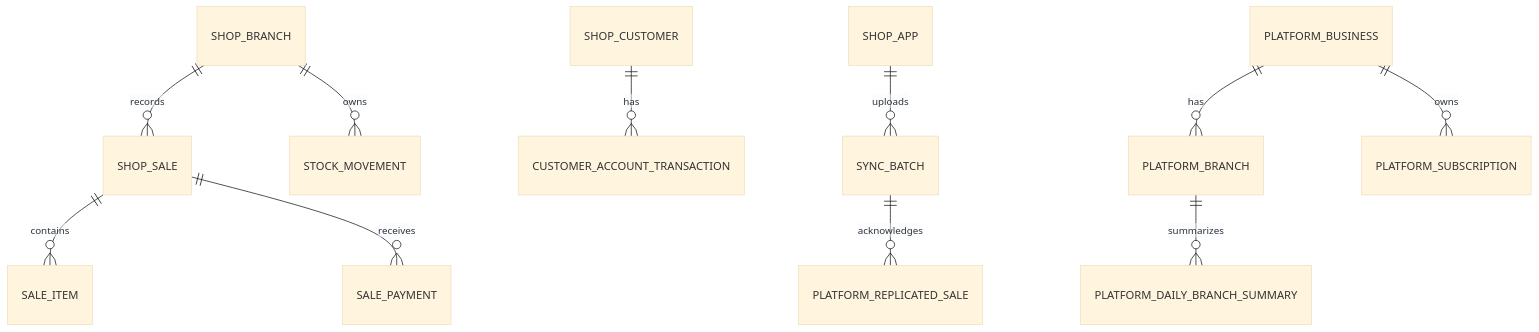
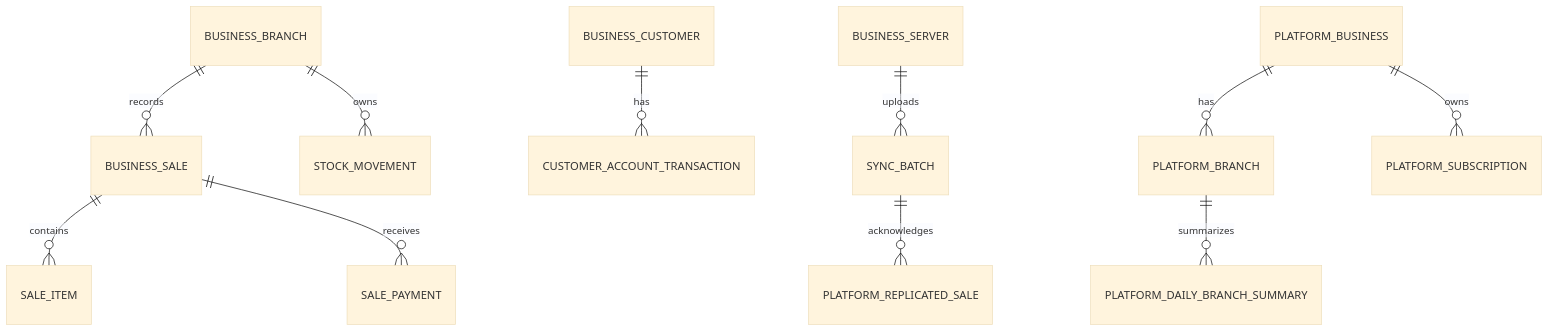
The diagram in docs/database/README.md (labboisah/marketlens), drawn with Mermaid (base theme) before and after one commit. The commit also changed other lines of this file and 575 other files, not shown here.

````diff
--- a/docs/database/README.md
+++ b/docs/database/README.md
@@ -76,13 +76,13 @@
 ```mermaid
 erDiagram
-    SHOP_BRANCH ||--o{ SHOP_SALE : records
-    SHOP_BRANCH ||--o{ STOCK_MOVEMENT : owns
-    SHOP_SALE ||--o{ SALE_ITEM : contains
-    SHOP_SALE ||--o{ SALE_PAYMENT : receives
-    SHOP_CUSTOMER ||--o{ CUSTOMER_ACCOUNT_TRANSACTION : has
-    SHOP_APP ||--o{ SYNC_BATCH : uploads
+    BUSINESS_BRANCH ||--o{ BUSINESS_SALE : records
+    BUSINESS_BRANCH ||--o{ STOCK_MOVEMENT : owns
+    BUSINESS_SALE ||--o{ SALE_ITEM : contains
+    BUSINESS_SALE ||--o{ SALE_PAYMENT : receives
+    BUSINESS_CUSTOMER ||--o{ CUSTOMER_ACCOUNT_TRANSACTION : has
+    BUSINESS_SERVER ||--o{ SYNC_BATCH : uploads
     SYNC_BATCH ||--o{ PLATFORM_REPLICATED_SALE : acknowledges
     PLATFORM_BUSINESS ||--o{ PLATFORM_BRANCH : has
     PLATFORM_BUSINESS ||--o{ PLATFORM_SUBSCRIPTION : owns
     PLATFORM_BRANCH ||--o{ PLATFORM_DAILY_BRANCH_SUMMARY : summarizes
 ```
````
